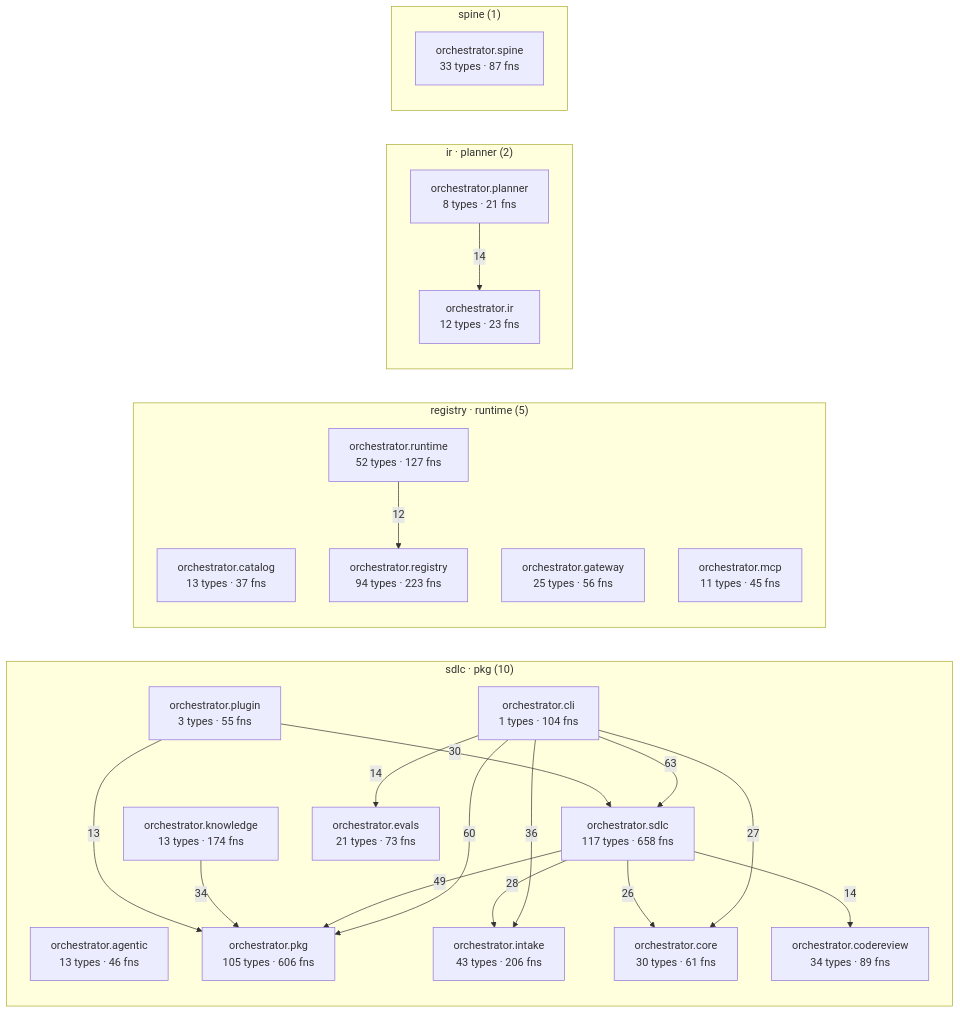
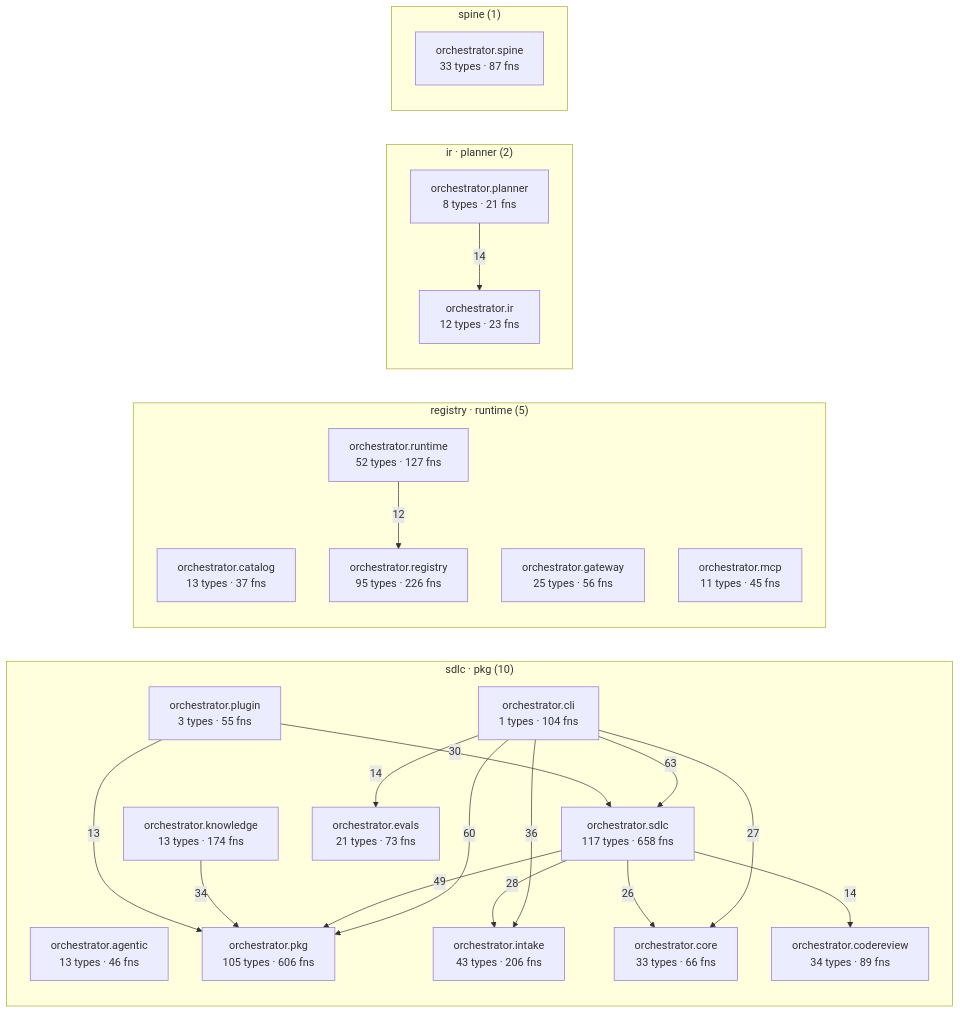
One commit to synaptixs/spine changed the diagram in episteme/architecture.md. Above: the diagram before and after it, drawn with Mermaid. The commit also changed other lines of this file and 11 other files, not shown here.

````diff
--- a/episteme/architecture.md
+++ b/episteme/architecture.md
@@ -54,43 +54,43 @@
 ```mermaid
 flowchart LR
   subgraph c_2["sdlc · pkg (10)"]
     aorchestratoragentic["orchestrator.agentic<br/>13 types · 46 fns"]
     aorchestratorcli["orchestrator.cli<br/>1 types · 104 fns"]
     aorchestratorcodereview["orchestrator.codereview<br/>34 types · 89 fns"]
-    aorchestratorcore["orchestrator.core<br/>30 types · 61 fns"]
+    aorchestratorcore["orchestrator.core<br/>33 types · 66 fns"]
     aorchestratorevals["orchestrator.evals<br/>21 types · 73 fns"]
     aorchestratorintake["orchestrator.intake<br/>43 types · 206 fns"]
     aorchestratorknowledge["orchestrator.knowledge<br/>13 types · 174 fns"]
     aorchestratorpkg["orchestrator.pkg<br/>105 types · 606 fns"]
     aorchestratorplugin["orchestrator.plugin<br/>3 types · 55 fns"]
     aorchestratorsdlc["orchestrator.sdlc<br/>117 types · 658 fns"]
   end
   subgraph c_4["registry · runtime (5)"]
     aorchestratorcatalog["orchestrator.catalog<br/>13 types · 37 fns"]
     aorchestratorgateway["orchestrator.gateway<br/>25 types · 56 fns"]
     aorchestratormcp["orchestrator.mcp<br/>11 types · 45 fns"]
-    aorchestratorregistry["orchestrator.registry<br/>94 types · 223 fns"]
+    aorchestratorregistry["orchestrator.registry<br/>95 types · 226 fns"]
     aorchestratorruntime["orchestrator.runtime<br/>52 types · 127 fns"]
   end
   subgraph c_7["ir · planner (2)"]
     aorchestratorir["orchestrator.ir<br/>12 types · 23 fns"]
     aorchestratorplanner["orchestrator.planner<br/>8 types · 21 fns"]
   end
   subgraph c_10["spine (1)"]
     aorchestratorspine["orchestrator.spine<br/>33 types · 87 fns"]
   end
   aorchestratorcli -->|63| aorchestratorsdlc
   aorchestratorcli -->|60| aorchestratorpkg
   aorchestratorsdlc -->|49| aorchestratorpkg
   aorchestratorcli -->|36| aorchestratorintake
   aorchestratorknowledge -->|34| aorchestratorpkg
   aorchestratorplugin -->|30| aorchestratorsdlc
   aorchestratorsdlc -->|28| aorchestratorintake
   aorchestratorcli -->|27| aorchestratorcore
   aorchestratorsdlc -->|26| aorchestratorcore
   aorchestratorcli -->|14| aorchestratorevals
   aorchestratorplanner -->|14| aorchestratorir
   aorchestratorsdlc -->|14| aorchestratorcodereview
   aorchestratorplugin -->|13| aorchestratorpkg
   aorchestratorruntime -->|12| aorchestratorregistry
 ```
````
